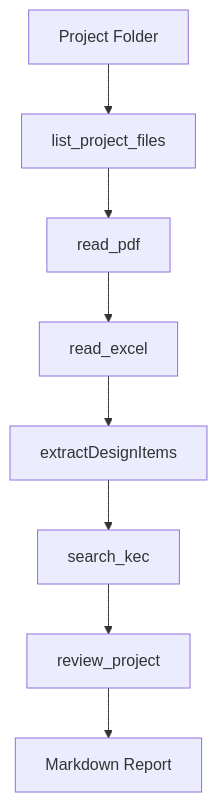
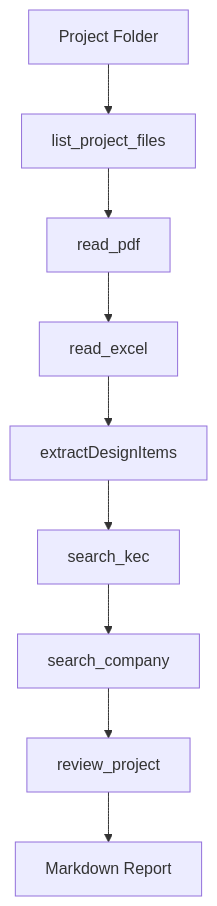
One commit to woncheol142-tech/VoltAI changed the diagram in README.md. Above: the diagram before and after it, drawn with Mermaid. The commit also changed other lines of this file and 22 other files, not shown here.

````diff
--- a/README.md
+++ b/README.md
@@ -61,11 +73,12 @@
 ```mermaid
 graph TD
 A[Project Folder]
 -->B[list_project_files]
 -->C[read_pdf]
 -->D[read_excel]
 -->E[extractDesignItems]
 -->F[search_kec]
--->G[review_project]
--->H[Markdown Report]
+-->G[search_company]
+-->H[review_project]
+-->I[Markdown Report]
 ```
````
